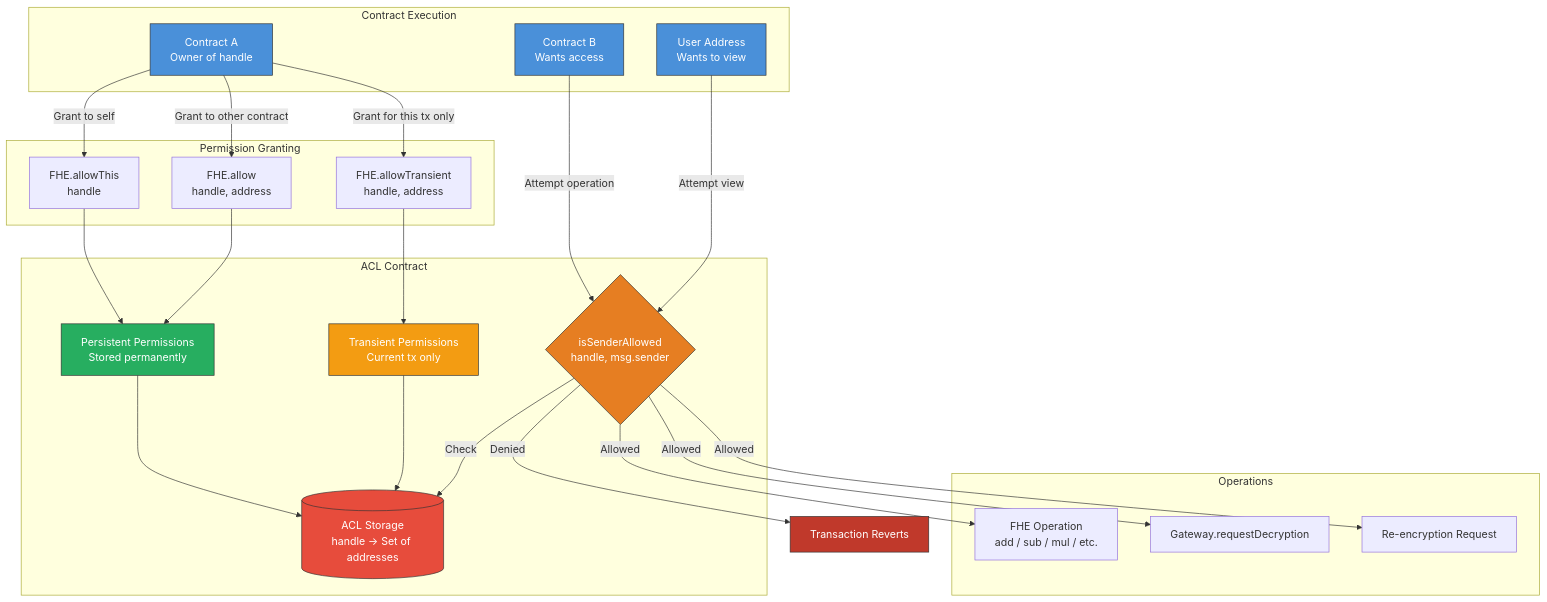
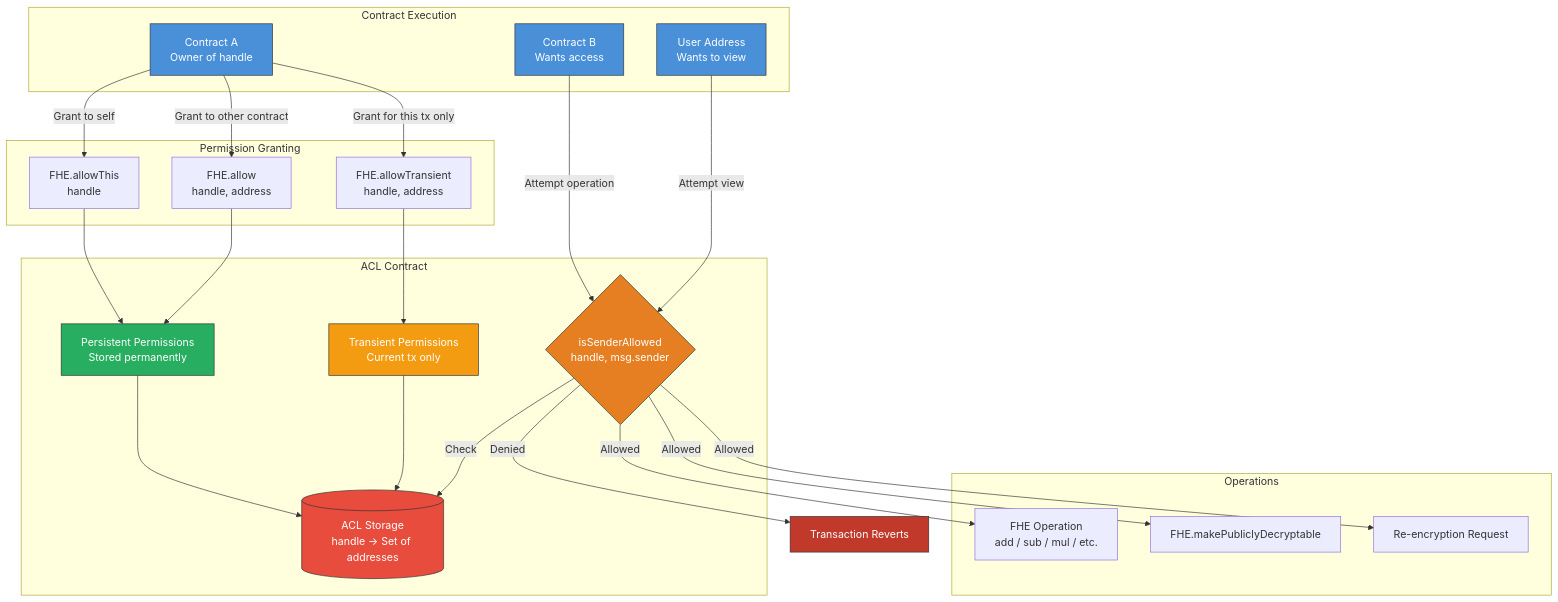
Before and after one commit to Himess/fhevm-bootcamp: the first of 3 diagrams in diagrams/acl-architecture.md, drawn with Mermaid. The commit also changed 33 other files, not shown here.

````diff
--- a/diagrams/acl-architecture.md
+++ b/diagrams/acl-architecture.md
@@ -7,55 +7,55 @@
 ```mermaid
 graph TD
     subgraph Contract Execution
         C1[Contract A<br/>Owner of handle]
         C2[Contract B<br/>Wants access]
         USER[User Address<br/>Wants to view]
     end
 
     subgraph Permission Granting
         ALLOW[FHE.allow<br/>handle, address]
         ALLOW_THIS[FHE.allowThis<br/>handle]
         ALLOW_TRANSIENT[FHE.allowTransient<br/>handle, address]
     end
 
     subgraph ACL Contract
         ACL_STORE[(ACL Storage<br/>handle → Set of addresses)]
         ACL_CHECK{isSenderAllowed<br/>handle, msg.sender}
         ACL_PERSIST[Persistent Permissions<br/>Stored permanently]
         ACL_TEMP[Transient Permissions<br/>Current tx only]
     end
 
     subgraph Operations
         FHE_OP[FHE Operation<br/>add / sub / mul / etc.]
-        DECRYPT[Gateway.requestDecryption]
+        DECRYPT[FHE.makePubliclyDecryptable]
         REENCRYPT[Re-encryption Request]
     end
 
     C1 -->|Grant to self| ALLOW_THIS
     C1 -->|Grant to other contract| ALLOW
     C1 -->|Grant for this tx only| ALLOW_TRANSIENT
 
     ALLOW_THIS --> ACL_PERSIST
     ALLOW --> ACL_PERSIST
     ALLOW_TRANSIENT --> ACL_TEMP
 
     ACL_PERSIST --> ACL_STORE
     ACL_TEMP --> ACL_STORE
 
     C2 -->|Attempt operation| ACL_CHECK
     USER -->|Attempt view| ACL_CHECK
     ACL_CHECK -->|Check| ACL_STORE
     ACL_CHECK -->|Allowed| FHE_OP
     ACL_CHECK -->|Allowed| DECRYPT
     ACL_CHECK -->|Allowed| REENCRYPT
     ACL_CHECK -->|Denied| REVERT[Transaction Reverts]
 
     style C1 fill:#4a90d9,stroke:#333,color:#fff
     style C2 fill:#4a90d9,stroke:#333,color:#fff
     style USER fill:#4a90d9,stroke:#333,color:#fff
     style ACL_STORE fill:#e74c3c,stroke:#333,color:#fff
     style ACL_CHECK fill:#e67e22,stroke:#333,color:#fff
     style REVERT fill:#c0392b,stroke:#333,color:#fff
     style ACL_PERSIST fill:#27ae60,stroke:#333,color:#fff
     style ACL_TEMP fill:#f39c12,stroke:#333,color:#fff
 ```
````
